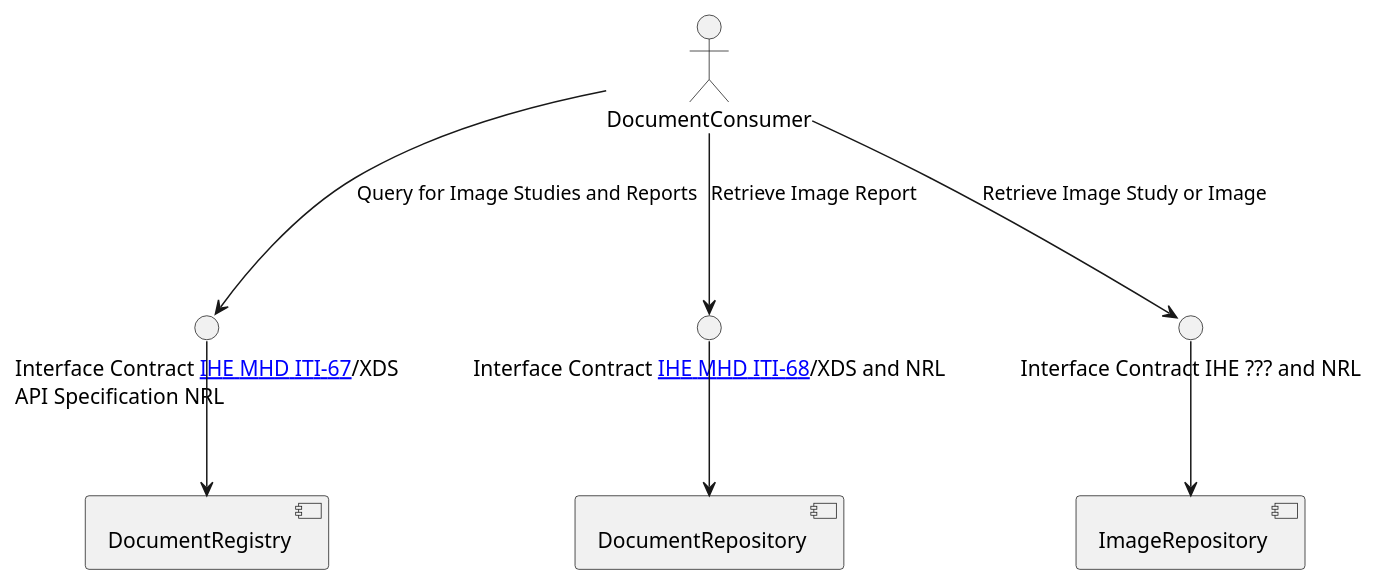
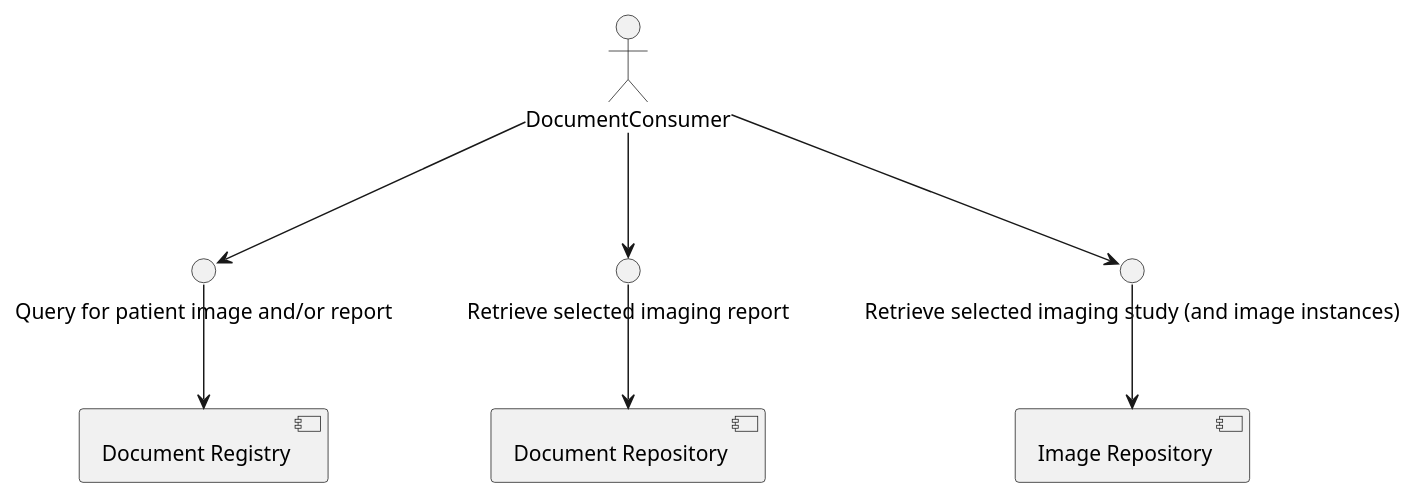
One commit to NHSDigital/national-imaging-repository-specification changed the diagram in input/images-source/component-radiology-retrieve.plantuml. Above: the diagram before and after it, drawn with PlantUML. The commit also changed 2 other files, not shown here.

Commit message:
Added IHE Example

```diff
--- a/input/images-source/component-radiology-retrieve.plantuml
+++ b/input/images-source/component-radiology-retrieve.plantuml
@@ -1,27 +1,22 @@
 @startuml
-
-
 
 actor DocumentConsumer
 
+component "Document Registry" as DocumentRegistry
+component "Document Repository" as DocumentRepository
+component "Image Repository" as ImageRepository
 
+interface "Query for patient image and/or report" as IC
+interface "Retrieve selected imaging report" as IC2
+interface "Retrieve selected imaging study (and image instances)" as IC3
 
+DocumentConsumer --> IC
+IC --> DocumentRegistry
 
+DocumentConsumer --> IC2
+IC2 --> DocumentRepository
 
-component DocumentRegistry
-component DocumentRepository
-component ImageRepository
-
-interface "Interface Contract [[CapabilityStatement-NHSE-CIC-8-MHD.html IHE MHD ITI-67]]/XDS\nAPI Specification NRL" as IC
-interface "Interface Contract [[https://profiles.ihe.net/ITI/MHD/ITI-68.html IHE MHD ITI-68]]/XDS and NRL" as IC2
-interface "Interface Contract IHE ??? and NRL" as IC3
-
-DocumentConsumer --> IC : Query for Image Studies and Reports
-IC --> DocumentRegistry
-DocumentConsumer --> IC2  : Retrieve Image Report
-IC2 --> DocumentRepository
-DocumentConsumer --> IC3 : Retrieve Image Study or Image
+DocumentConsumer --> IC3
 IC3 --> ImageRepository
 
-
 @enduml
```
